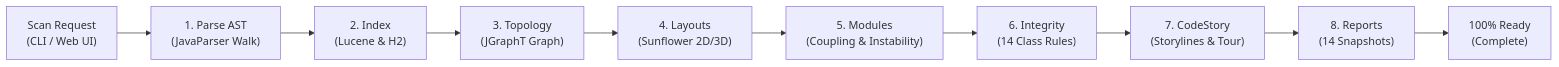
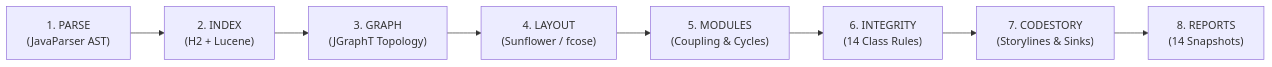
The first of 2 diagrams in wiki/8-Stage-Scan-Pipeline-and-Readiness.md (manvenpratap/codelens), drawn with Mermaid before and after one commit. The commit also changed other lines of this file and 32 other files, not shown here.

Commit message:
docs: regenerate archify diagrams suite, add vector svgs, and update wiki documentation

````diff
--- a/wiki/8-Stage-Scan-Pipeline-and-Readiness.md
+++ b/wiki/8-Stage-Scan-Pipeline-and-Readiness.md
@@ -8,12 +13,10 @@
 ```mermaid
 flowchart LR
-    A["Scan Request\n(CLI / Web UI)"] --> S1["1. Parse AST\n(JavaParser Walk)"]
-    S1 --> S2["2. Index\n(Lucene & H2)"]
-    S2 --> S3["3. Topology\n(JGraphT Graph)"]
-    S3 --> S4["4. Layouts\n(Sunflower 2D/3D)"]
-    S4 --> S5["5. Modules\n(Coupling & Instability)"]
-    S5 --> S6["6. Integrity\n(14 Class Rules)"]
-    S6 --> S7["7. CodeStory\n(Storylines & Tour)"]
-    S7 --> S8["8. Reports\n(14 Snapshots)"]
-    S8 --> R["100% Ready\n(Complete)"]
+    S1["1. PARSE\n(JavaParser AST)"] --> S2["2. INDEX\n(H2 + Lucene)"]
+    S2 --> S3["3. GRAPH\n(JGraphT Topology)"]
+    S3 --> S4["4. LAYOUT\n(Sunflower / fcose)"]
+    S4 --> S5["5. MODULES\n(Coupling & Cycles)"]
+    S5 --> S6["6. INTEGRITY\n(14 Class Rules)"]
+    S6 --> S7["7. CODESTORY\n(Storylines & Sinks)"]
+    S7 --> S8["8. REPORTS\n(14 Snapshots)"]
 ```
````
